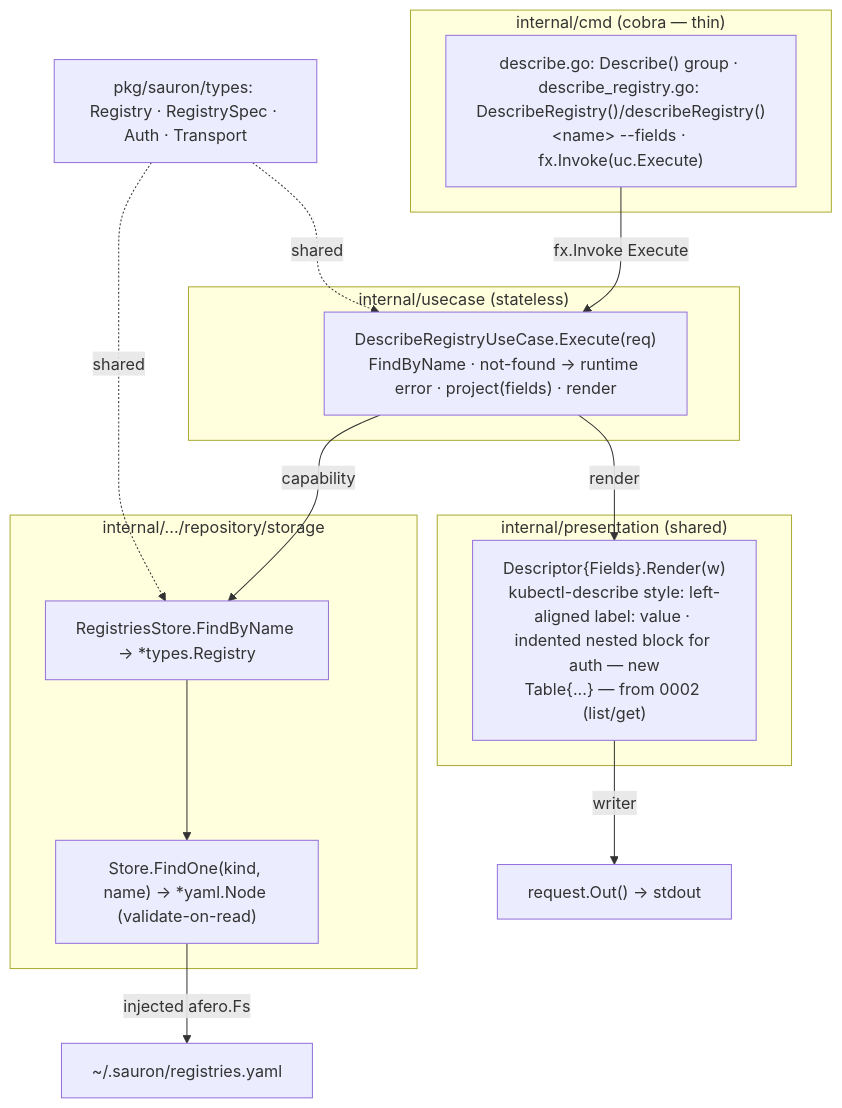
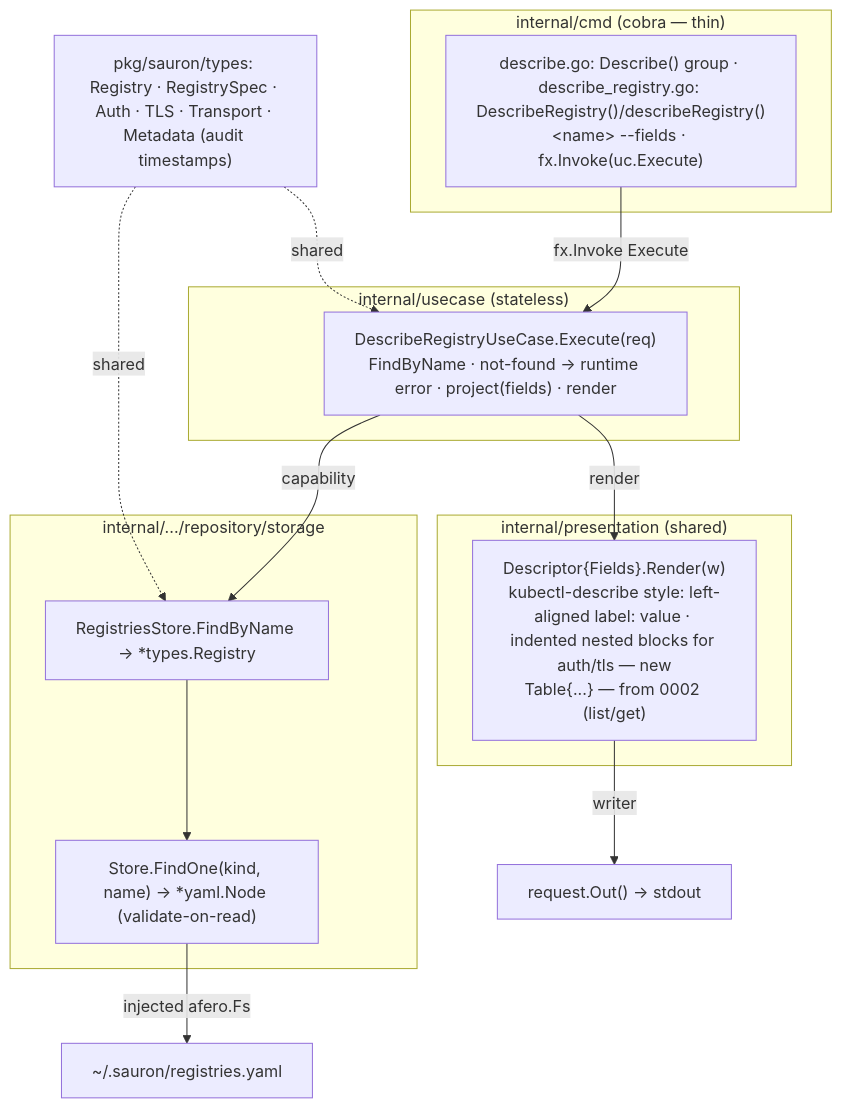
One commit to Delfimarime/sauron changed the diagram in spec/0003-describe-registry/plan.md. Above: the diagram before and after it, drawn with Mermaid. The commit also changed other lines of this file and 3 other files, not shown here.

````diff
--- a/spec/0003-describe-registry/plan.md
+++ b/spec/0003-describe-registry/plan.md
@@ -75,26 +76,26 @@
 ```mermaid
 graph TD
   subgraph cmd["internal/cmd (cobra — thin)"]
     DR["describe.go: Describe() group · describe_registry.go: DescribeRegistry()/describeRegistry()<br/>&lt;name&gt; --fields · fx.Invoke(uc.Execute)"]
   end
   subgraph uc["internal/usecase (stateless)"]
     UC["DescribeRegistryUseCase.Execute(req)<br/>FindByName · not-found → runtime error · project(fields) · render"]
   end
   subgraph pres["internal/presentation (shared)"]
-    D["Descriptor{Fields}.Render(w)<br/>kubectl-describe style: left-aligned label: value · indented nested block for auth — new<br/>Table{...} — from 0002 (list/get)"]
+    D["Descriptor{Fields}.Render(w)<br/>kubectl-describe style: left-aligned label: value · indented nested blocks for auth/tls — new<br/>Table{...} — from 0002 (list/get)"]
   end
   subgraph store["internal/.../repository/storage"]
     RS["RegistriesStore.FindByName → *types.Registry"]
     ST["Store.FindOne(kind, name) → *yaml.Node (validate-on-read)"]
   end
-  TYPES["pkg/sauron/types: Registry · RegistrySpec · Auth · Transport"]
+  TYPES["pkg/sauron/types: Registry · RegistrySpec · Auth · TLS · Transport · Metadata (audit timestamps)"]
 
   DR -->|fx.Invoke Execute| UC
   UC -->|capability| RS
   UC -->|render| D
   RS --> ST
   ST -->|injected afero.Fs| HOME["~/.sauron/registries.yaml"]
   D -->|writer| OUT["request.Out() → stdout"]
   TYPES -.shared.-> UC
   TYPES -.shared.-> RS
 ```
````
